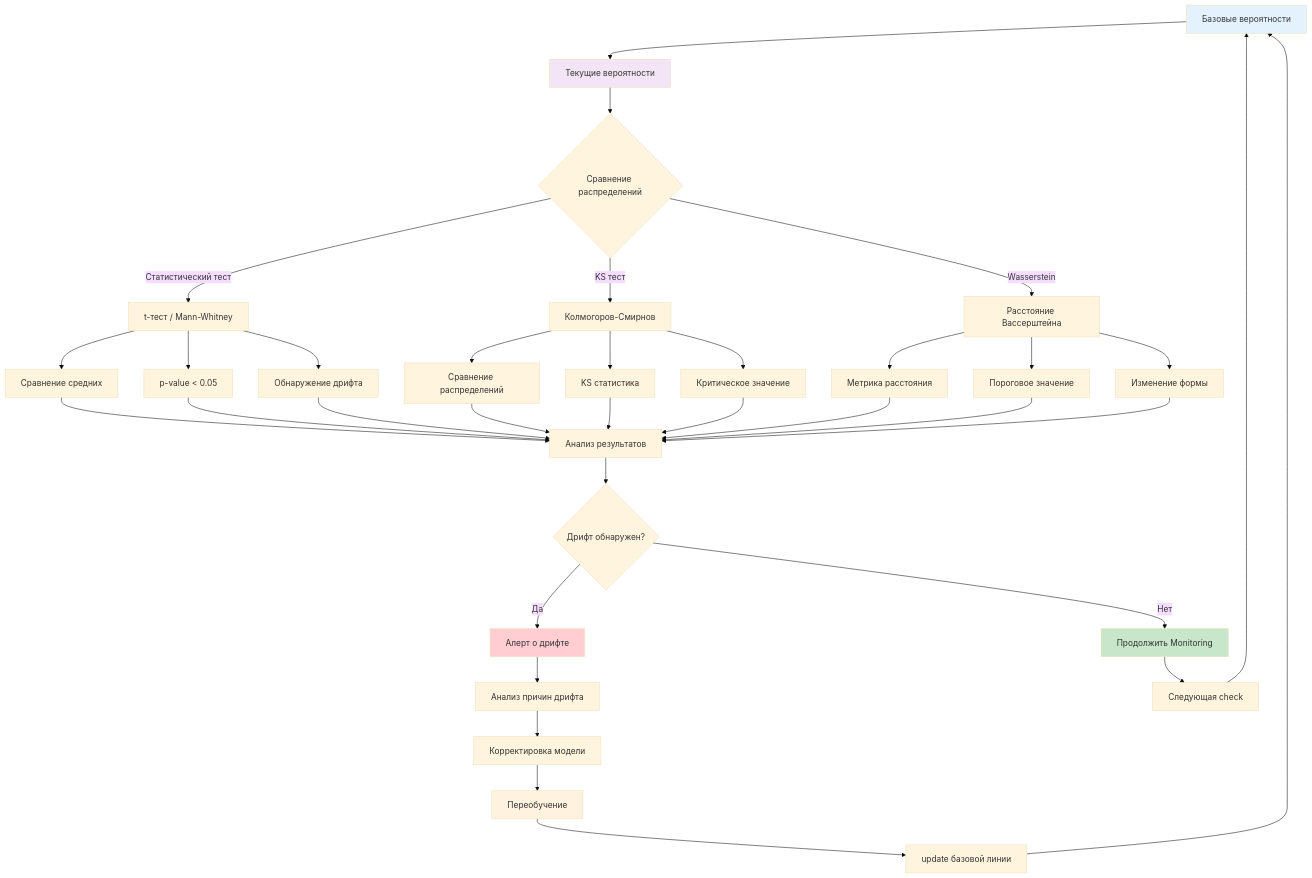
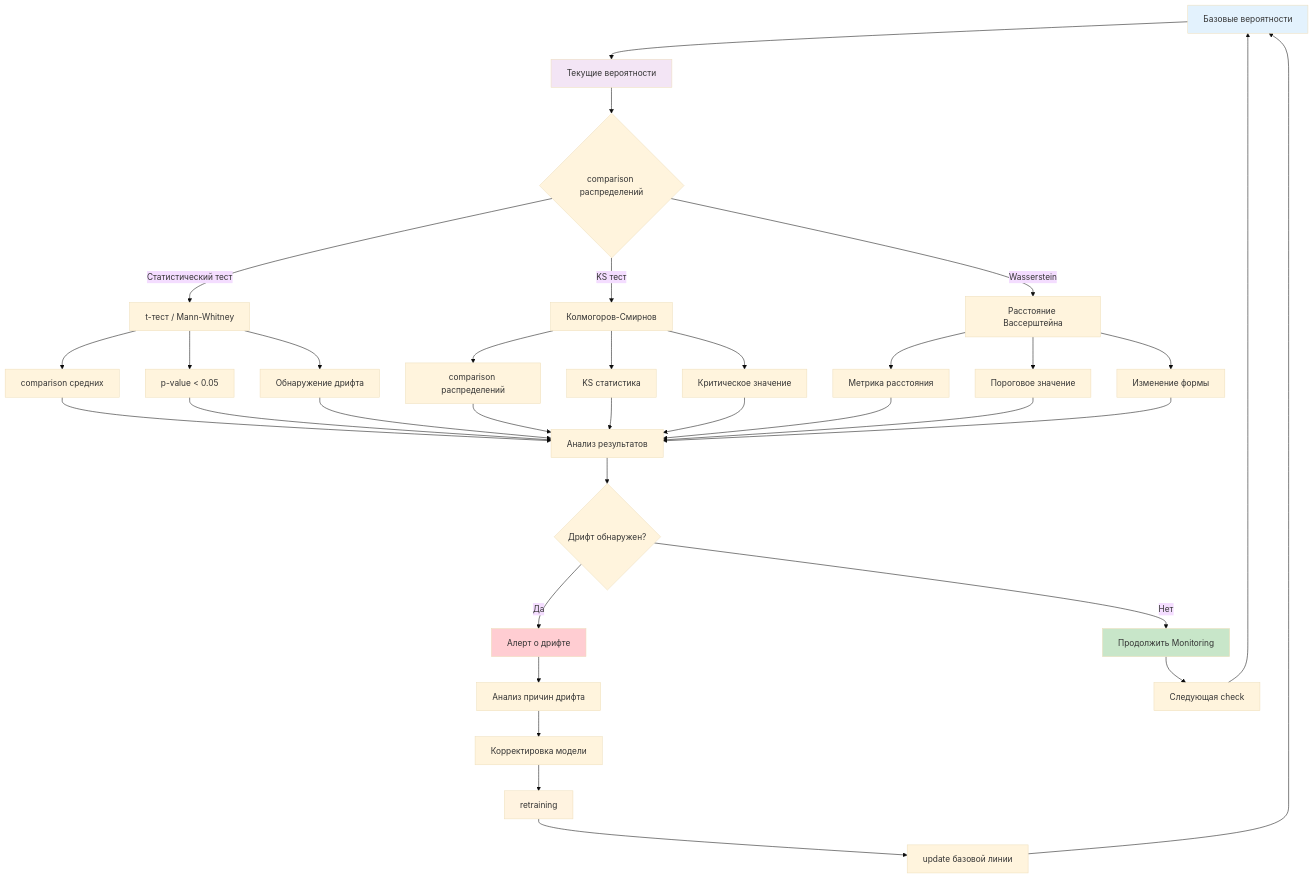
The fifth of 8 diagrams in docs/automl/gluon/26_probability_usage_guide.md (NeoZorK/neozork-hld-prediction), drawn with Mermaid (base theme) before and after one commit. The commit also changed other lines of this file and 88 other files, not shown here.

````diff
--- a/docs/automl/gluon/26_probability_usage_guide.md
+++ b/docs/automl/gluon/26_probability_usage_guide.md
@@ -986,50 +986,50 @@
 ```mermaid
 graph TD
 A[Базовые вероятности] --> B[Текущие вероятности]
-B --> C{Сравнение распределений}
+B --> C{comparison распределений}
 
 C -->|Статистический тест| D[t-тест / Mann-Whitney]
 C -->|KS тест| E[Колмогоров-Смирнов]
 C -->|Wasserstein| F[Расстояние Вассерштейна]
 
-D --> D1[Сравнение средних]
+D --> D1[comparison средних]
  D --> D2[p-value < 0.05]
 D --> D3[Обнаружение дрифта]
 
-E --> E1[Сравнение распределений]
+E --> E1[comparison распределений]
 E --> E2[KS статистика]
 E --> E3[Критическое значение]
 
 F --> F1[Метрика расстояния]
 F --> F2[Пороговое значение]
 F --> F3[Изменение формы]
 
 D1 --> G[Анализ результатов]
  D2 --> G
  D3 --> G
  E1 --> G
  E2 --> G
  E3 --> G
  F1 --> G
  F2 --> G
  F3 --> G
 
 G --> H{Дрифт обнаружен?}
 H -->|Да| I[Алерт о дрифте]
 H -->|Нет| J[Продолжить Monitoring]
 
 I --> K[Анализ причин дрифта]
 K --> L[Корректировка модели]
-L --> M[Переобучение]
+L --> M[retraining]
 M --> N[update базовой линии]
  N --> A
 
 J --> O[Следующая check]
  O --> A
 
  style A fill:#e3f2fd
  style B fill:#f3e5f5
  style I fill:#ffcdd2
  style J fill:#c8e6c9
  style M fill:#fff3e0
 ```
````
